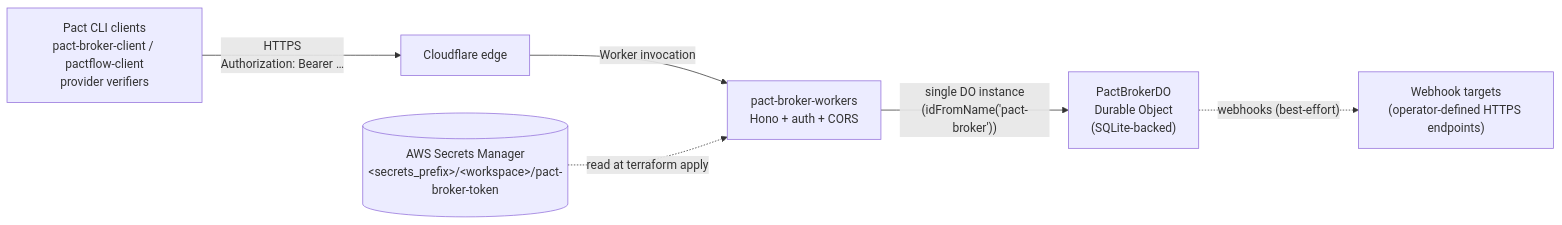
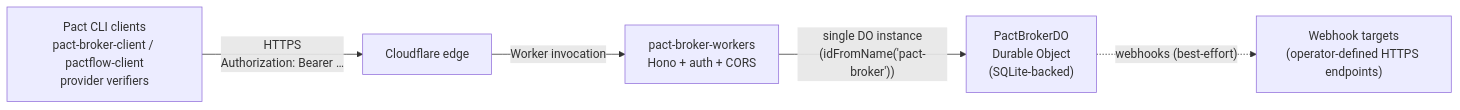
The diagram in docs/ARCHITECTURE.md (bison-digital/pact-broker-workers), drawn with Mermaid before and after one commit. The commit also changed other lines of this file and 44 other files, not shown here.

````diff
--- a/docs/ARCHITECTURE.md
+++ b/docs/ARCHITECTURE.md
@@ -16,8 +16,7 @@
 ```mermaid
 flowchart LR
     Client["Pact CLI clients<br/>pact-broker-client / pactflow-client<br/>provider verifiers"] -->|"HTTPS<br/>Authorization: Bearer …"| CF[Cloudflare edge]
     CF -->|"Worker invocation"| Worker["pact-broker-workers<br/>Hono + auth + CORS"]
     Worker -->|"single DO instance<br/>(idFromName('pact-broker'))"| DO["PactBrokerDO<br/>Durable Object<br/>(SQLite-backed)"]
-    SecretsMgr[("AWS Secrets Manager<br/>&lt;secrets_prefix&gt;/&lt;workspace&gt;/pact-broker-token")] -. read at terraform apply .-> Worker
     DO -. webhooks (best-effort) .-> External["Webhook targets<br/>(operator-defined HTTPS endpoints)"]
 ```
````
